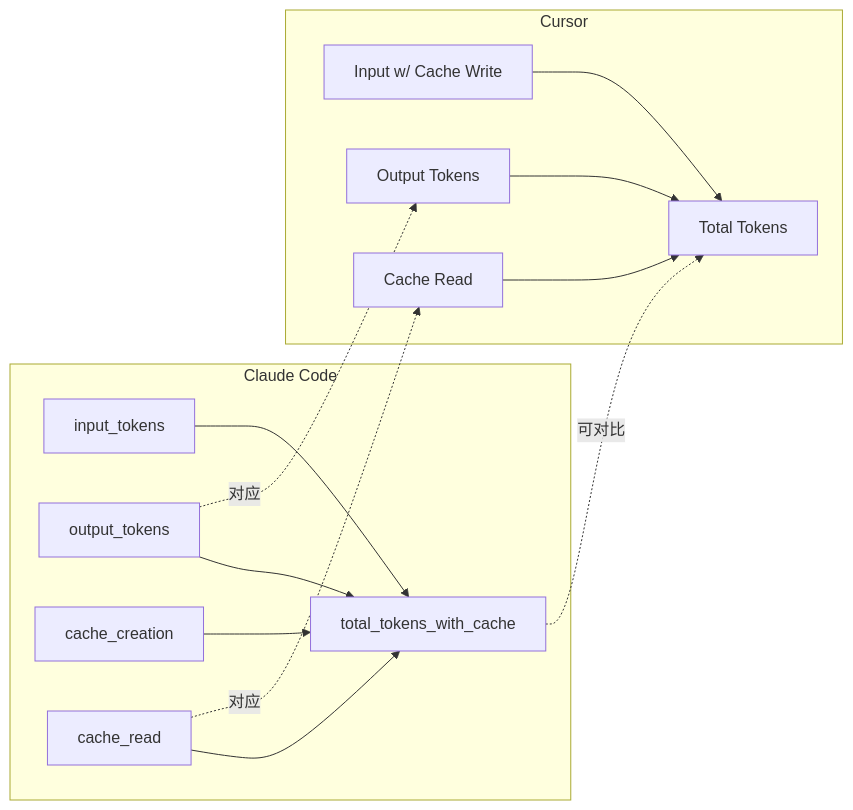
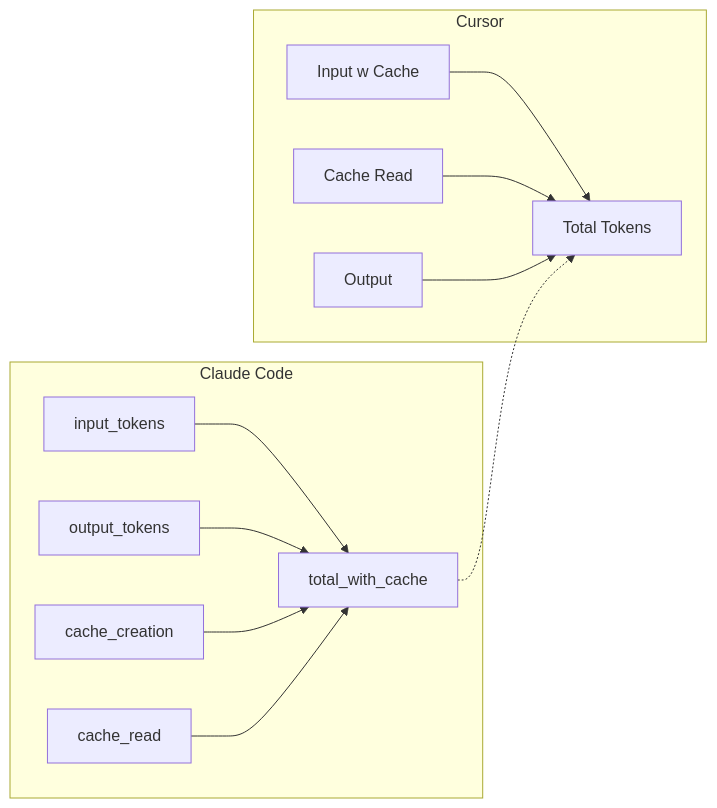
One commit to Momoyeyu/token-usage changed the third of 3 diagrams in docs/stats-calculation.md. Above: the diagram before and after it, drawn with Mermaid. The commit also changed other lines of this file and 1 other file, not shown here.

````diff
--- a/docs/stats-calculation.md
+++ b/docs/stats-calculation.md
@@ -224,30 +224,26 @@
 ```mermaid
 graph LR
     subgraph CC [Claude Code]
         CC_IN[input_tokens]
         CC_OUT[output_tokens]
         CC_CW[cache_creation]
         CC_CR[cache_read]
-        CC_TOTAL[total_tokens_with_cache]
-
-        CC_IN --> CC_TOTAL
-        CC_OUT --> CC_TOTAL
-        CC_CW --> CC_TOTAL
-        CC_CR --> CC_TOTAL
+        CC_TOTAL[total_with_cache]
     end
 
     subgraph CU [Cursor]
-        CU_IN_W[Input w/ Cache Write]
+        CU_IN[Input w Cache]
         CU_CR[Cache Read]
-        CU_OUT[Output Tokens]
+        CU_OUT[Output]
         CU_TOTAL[Total Tokens]
-
-        CU_IN_W --> CU_TOTAL
-        CU_CR --> CU_TOTAL
-        CU_OUT --> CU_TOTAL
     end
 
-    CC_TOTAL -. 可对比 .-> CU_TOTAL
-    CC_CR -. 对应 .-> CU_CR
-    CC_OUT -. 对应 .-> CU_OUT
+    CC_IN --> CC_TOTAL
+    CC_OUT --> CC_TOTAL
+    CC_CW --> CC_TOTAL
+    CC_CR --> CC_TOTAL
+    CU_IN --> CU_TOTAL
+    CU_CR --> CU_TOTAL
+    CU_OUT --> CU_TOTAL
+    CC_TOTAL -.-> CU_TOTAL
 ```
````
